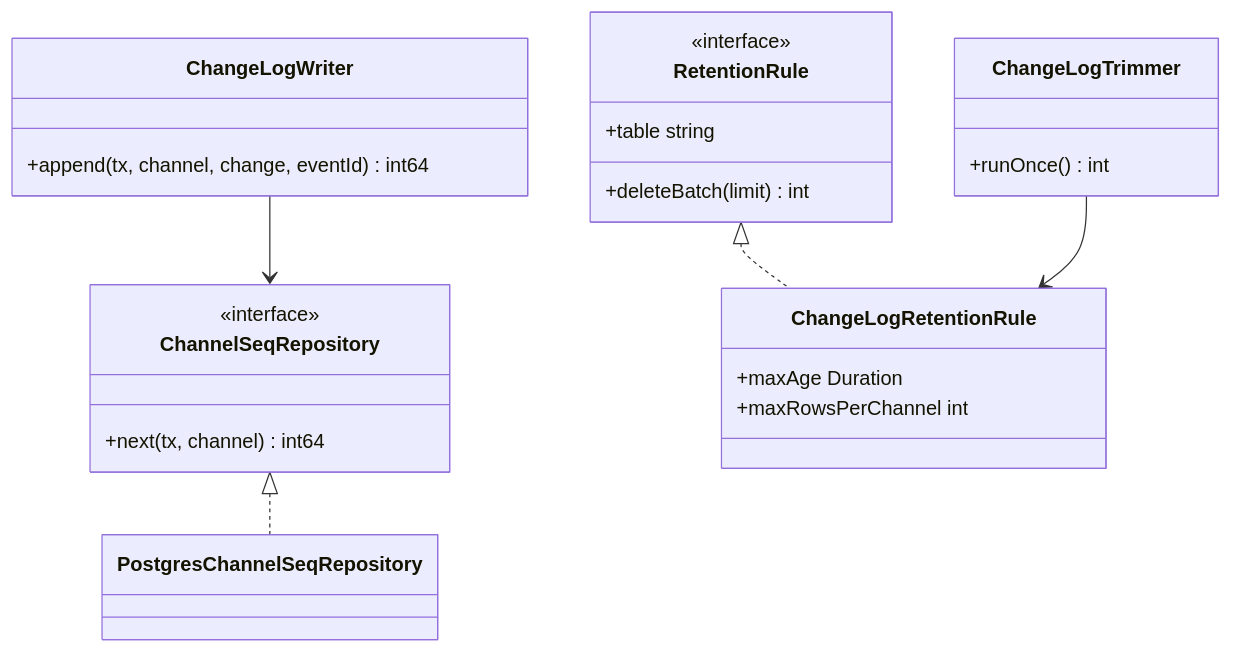
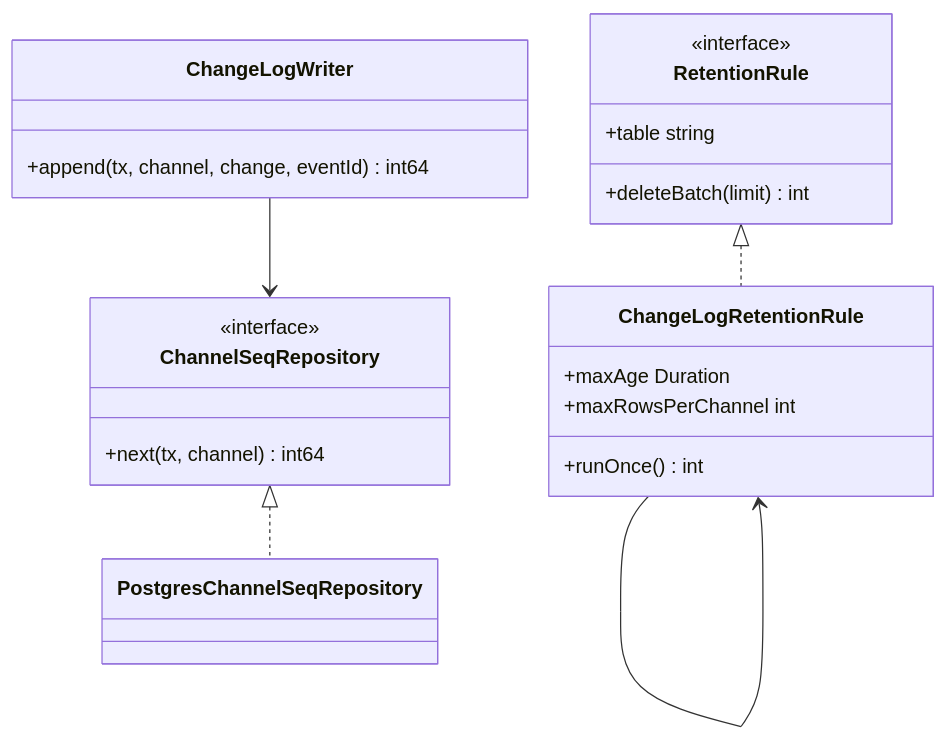
One commit to 1985jwlee/portpolio_backend changed the ninth of 53 diagrams in docs/design/features/14-realtime.md. Above: the diagram before and after it, drawn with Mermaid. The commit also changed other lines of this file and 33 other files, not shown here.

````diff
--- a/docs/design/features/14-realtime.md
+++ b/docs/design/features/14-realtime.md
@@ -634,27 +634,27 @@
 ```mermaid
 classDiagram
     class ChangeLogWriter {
         +append(tx, channel, change, eventId) int64
     }
     class ChannelSeqRepository {
         <<interface>>
         +next(tx, channel) int64
     }
     class PostgresChannelSeqRepository
-    class ChangeLogTrimmer {
+    class ChangeLogRetentionRule {
         +runOnce() int
     }
     class RetentionRule {
         <<interface>>
         +table string
         +deleteBatch(limit) int
     }
     class ChangeLogRetentionRule {
         +maxAge Duration
         +maxRowsPerChannel int
     }
     ChannelSeqRepository <|.. PostgresChannelSeqRepository
     ChangeLogWriter --> ChannelSeqRepository
     RetentionRule <|.. ChangeLogRetentionRule
-    ChangeLogTrimmer --> ChangeLogRetentionRule
+    ChangeLogRetentionRule --> ChangeLogRetentionRule
 ```
````
